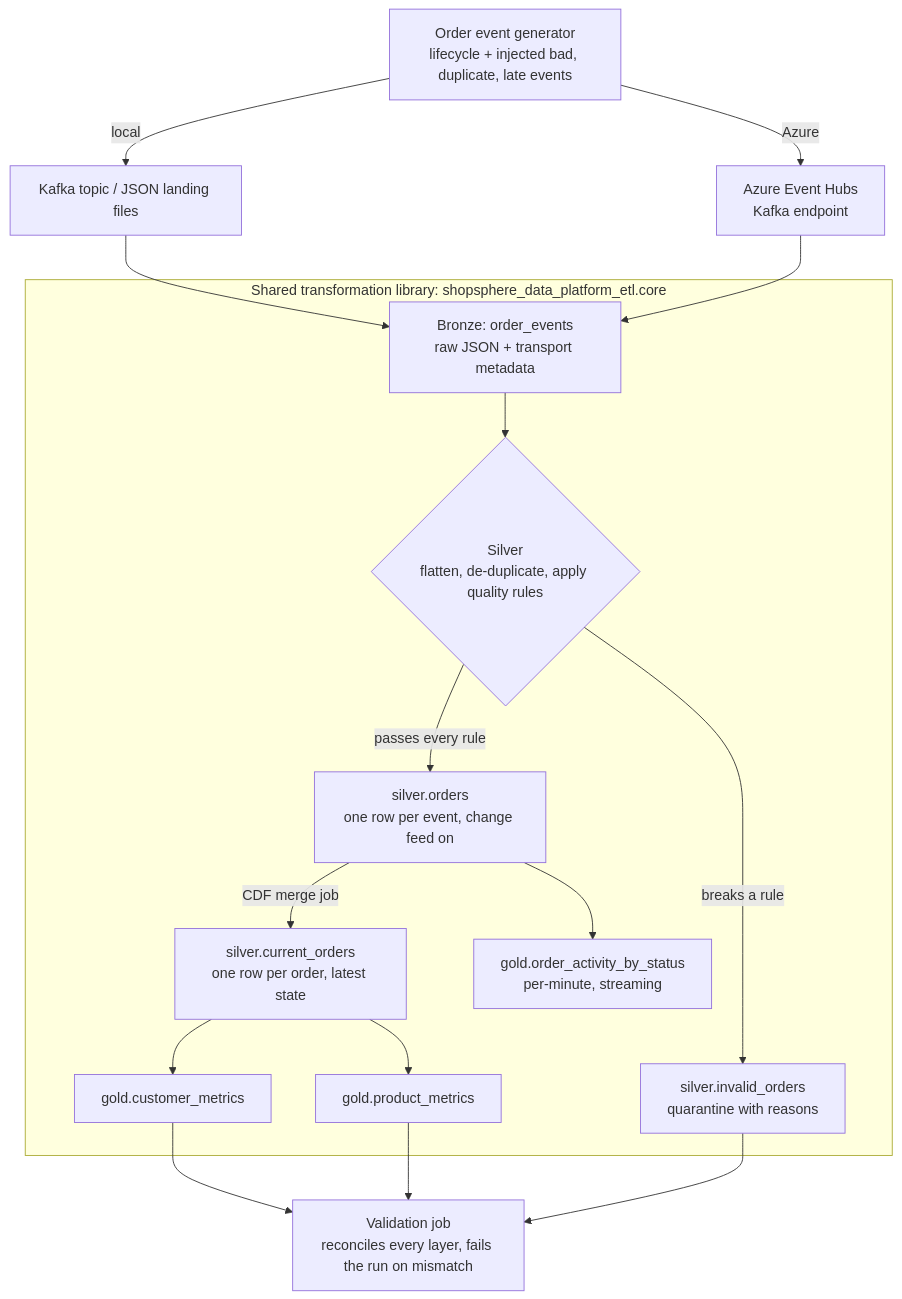
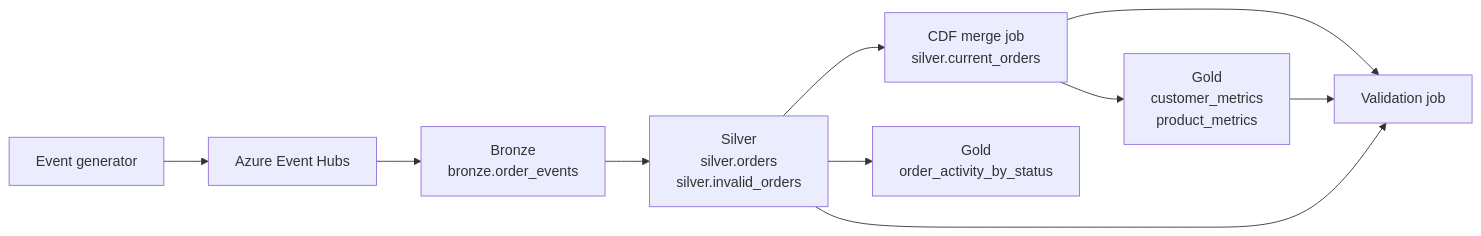
Before and after one commit to Elisha-s/shopsphere-data-platform: the diagram in README.md, drawn with Mermaid. The commit also changed other lines of this file and 1 other file, not shown here.

````diff
--- a/README.md
+++ b/README.md
@@ -31,23 +17,12 @@
 ```mermaid
-flowchart TD
-    GEN["Order event generator<br/>lifecycle + injected bad, duplicate, late events"]
-    GEN -->|local| K["Kafka topic / JSON landing files"]
-    GEN -->|Azure| EH["Azure Event Hubs<br/>Kafka endpoint"]
-    K --> B
-    EH --> B
-
-    subgraph CORE["Shared transformation library: shopsphere_data_platform_etl.core"]
-        B["Bronze: order_events<br/>raw JSON + transport metadata"]
-        B --> S{"Silver<br/>flatten, de-duplicate, apply quality rules"}
-        S -->|passes every rule| SO["silver.orders<br/>one row per event, change feed on"]
-        S -->|breaks a rule| SI["silver.invalid_orders<br/>quarantine with reasons"]
-        SO -->|CDF merge job| CO["silver.current_orders<br/>one row per order, latest state"]
-        SO --> GA["gold.order_activity_by_status<br/>per-minute, streaming"]
-        CO --> GC["gold.customer_metrics"]
-        CO --> GP["gold.product_metrics"]
-    end
-
-    GC --> V["Validation job<br/>reconciles every layer, fails the run on mismatch"]
-    GP --> V
-    SI --> V
+flowchart LR
+    G["Event generator"] --> E["Azure Event Hubs"]
+    E --> B["Bronze<br/>bronze.order_events"]
+    B --> S["Silver<br/>silver.orders<br/>silver.invalid_orders"]
+    S --> C["CDF merge job<br/>silver.current_orders"]
+    S --> A["Gold<br/>order_activity_by_status"]
+    C --> M["Gold<br/>customer_metrics<br/>product_metrics"]
+    C --> V["Validation job"]
+    M --> V
+    S --> V
 ```
````
